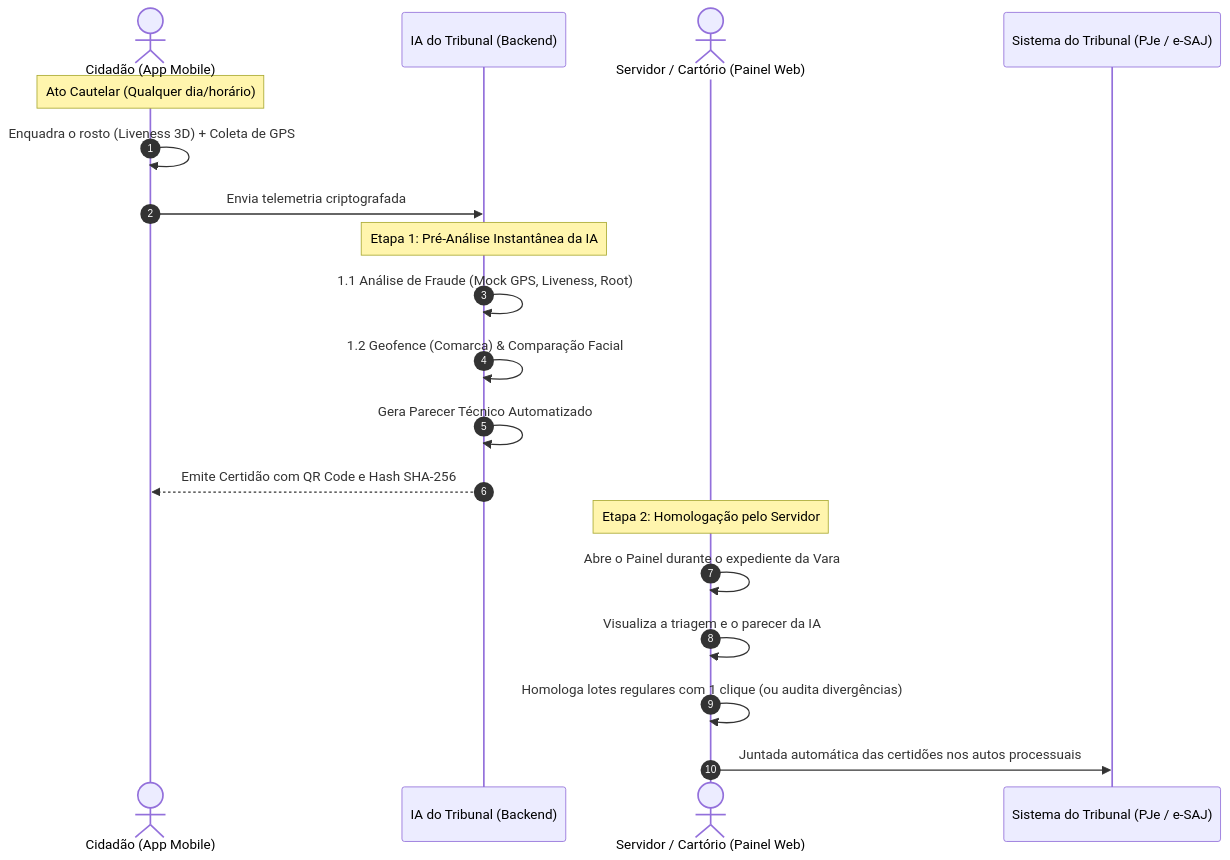
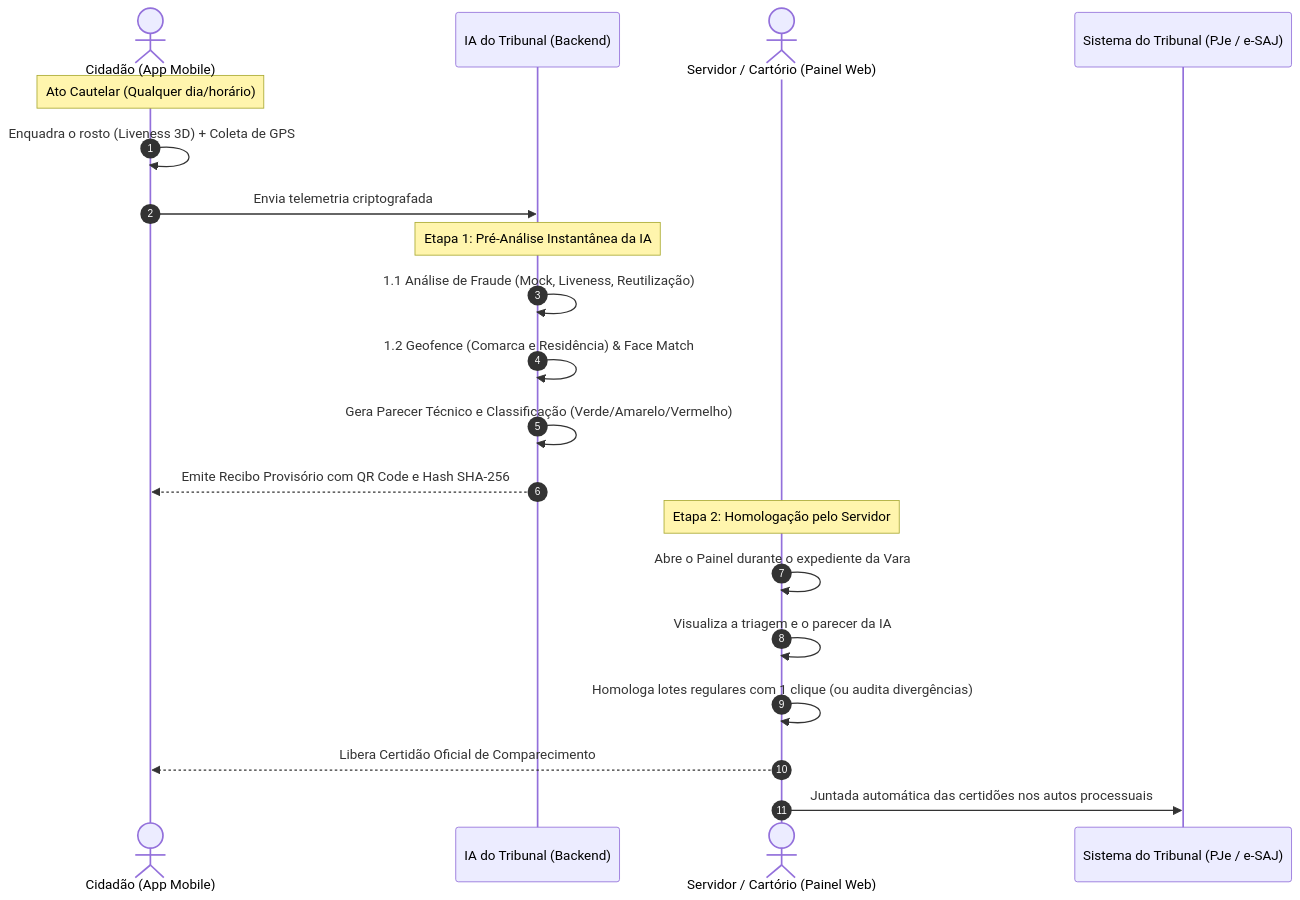
One commit to arthurmacedoo/CompareceJus- changed the diagram in README.md. Above: the diagram before and after it, drawn with Mermaid. The commit also changed other lines of this file and 37 other files, not shown here.

````diff
--- a/README.md
+++ b/README.md
@@ -31,24 +30,25 @@
 ```mermaid
 sequenceDiagram
     autonumber
     actor C as Cidadão (App Mobile)
     participant IA as IA do Tribunal (Backend)
     actor S as Servidor / Cartório (Painel Web)
     participant J as Sistema do Tribunal (PJe / e-SAJ)
 
     Note over C: Ato Cautelar (Qualquer dia/horário)
     C->>C: Enquadra o rosto (Liveness 3D) + Coleta de GPS
     C->>IA: Envia telemetria criptografada
     
     Note over IA: Etapa 1: Pré-Análise Instantânea da IA
-    IA->>IA: 1.1 Análise de Fraude (Mock GPS, Liveness, Root)
-    IA->>IA: 1.2 Geofence (Comarca) & Comparação Facial
-    IA->>IA: Gera Parecer Técnico Automatizado
-    IA-->>C: Emite Certidão com QR Code e Hash SHA-256
+    IA->>IA: 1.1 Análise de Fraude (Mock, Liveness, Reutilização)
+    IA->>IA: 1.2 Geofence (Comarca e Residência) & Face Match
+    IA->>IA: Gera Parecer Técnico e Classificação (Verde/Amarelo/Vermelho)
+    IA-->>C: Emite Recibo Provisório com QR Code e Hash SHA-256
     
     Note over S: Etapa 2: Homologação pelo Servidor
     S->>S: Abre o Painel durante o expediente da Vara
     S->>S: Visualiza a triagem e o parecer da IA
     S->>S: Homologa lotes regulares com 1 clique (ou audita divergências)
+    S-->>C: Libera Certidão Oficial de Comparecimento
     S->>J: Juntada automática das certidões nos autos processuais
 ```
````
